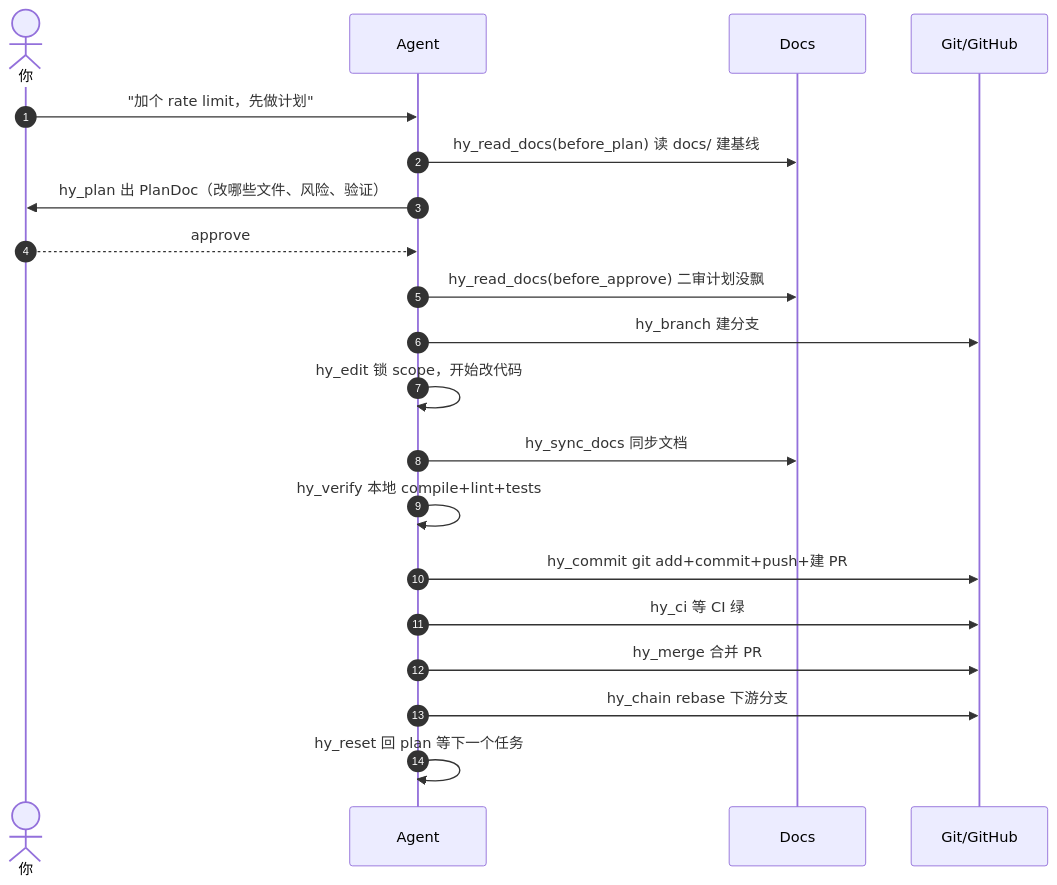
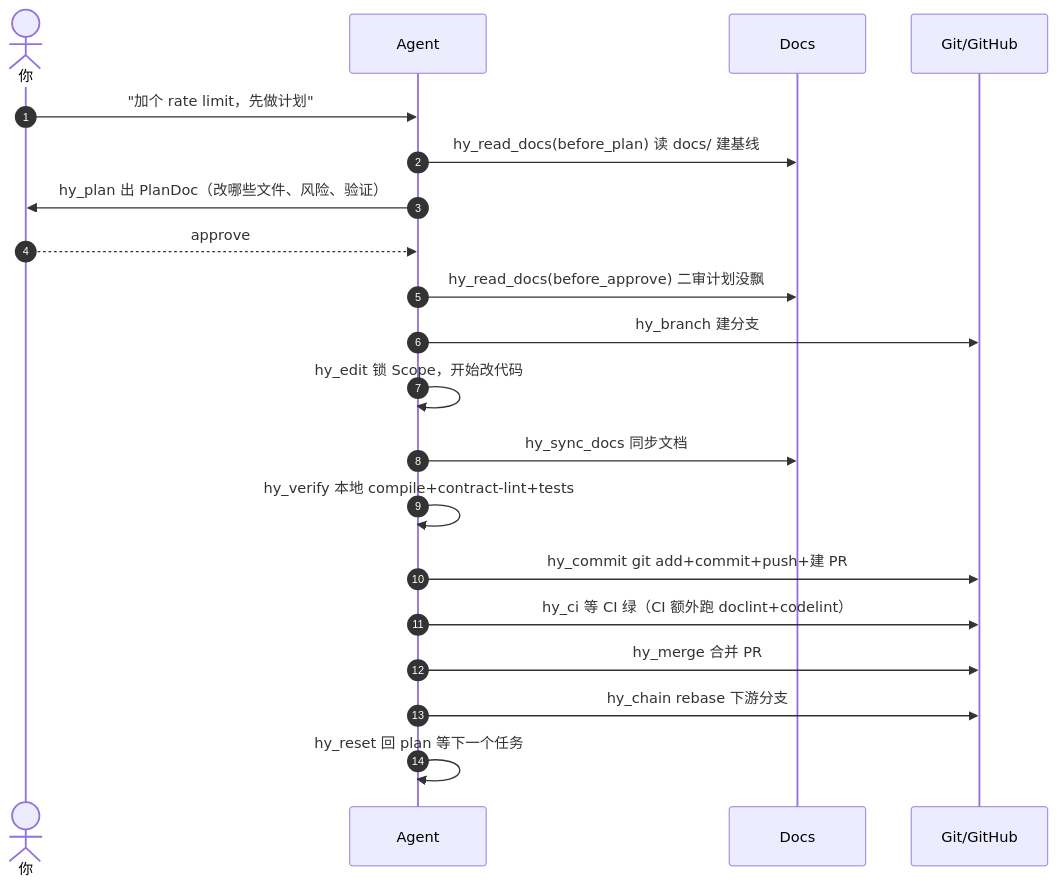
The diagram in README.md (voxServalG/hy-workflow-mcp), drawn with Mermaid before and after one commit. The commit also changed other lines of this file, not shown here.

````diff
--- a/README.md
+++ b/README.md
@@ -101,23 +101,23 @@
 ```mermaid
 sequenceDiagram
     autonumber
     actor U as 你
     participant A as Agent
     participant D as Docs
     participant G as Git/GitHub
 
     U->>A: "加个 rate limit，先做计划"
     A->>D: hy_read_docs(before_plan) 读 docs/ 建基线
     A->>U: hy_plan 出 PlanDoc（改哪些文件、风险、验证）
     U-->>A: approve
     A->>D: hy_read_docs(before_approve) 二审计划没飘
     A->>G: hy_branch 建分支
-    A->>A: hy_edit 锁 scope，开始改代码
+    A->>A: hy_edit 锁 Scope，开始改代码
     A->>D: hy_sync_docs 同步文档
-    A->>A: hy_verify 本地 compile+lint+tests
+    A->>A: hy_verify 本地 compile+contract-lint+tests
     A->>G: hy_commit git add+commit+push+建 PR
-    A->>G: hy_ci 等 CI 绿
+    A->>G: hy_ci 等 CI 绿（CI 额外跑 doclint+codelint）
     A->>G: hy_merge 合并 PR
     A->>G: hy_chain rebase 下游分支
     A->>A: hy_reset 回 plan 等下一个任务
 ```
````
